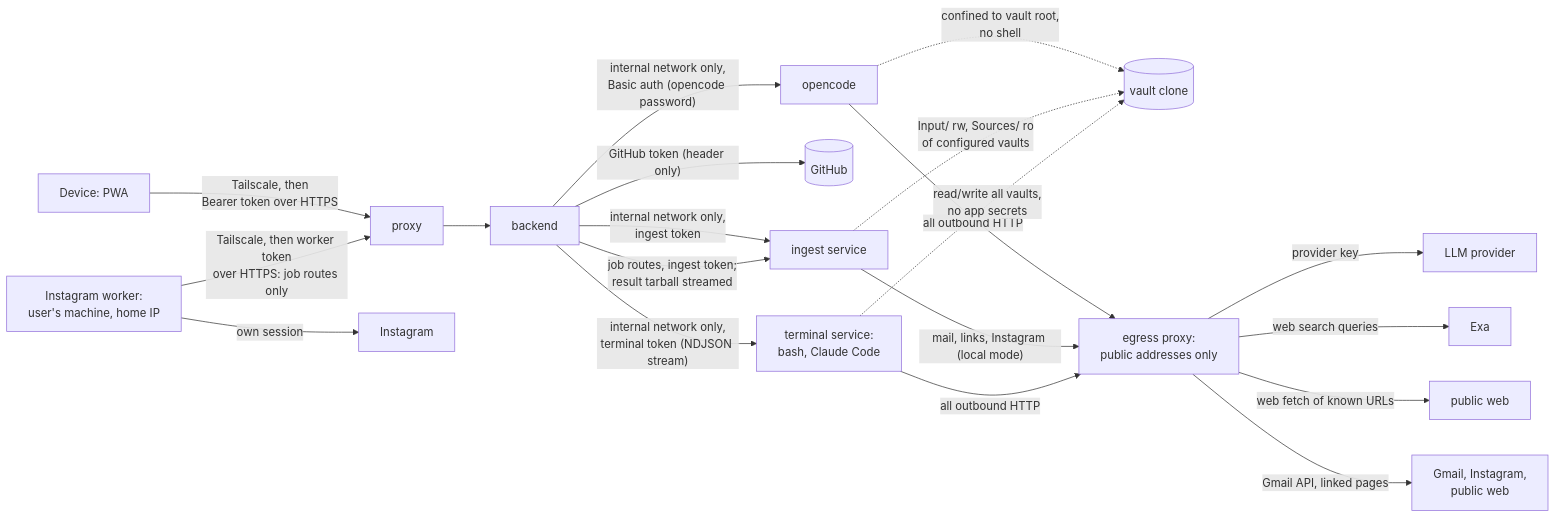
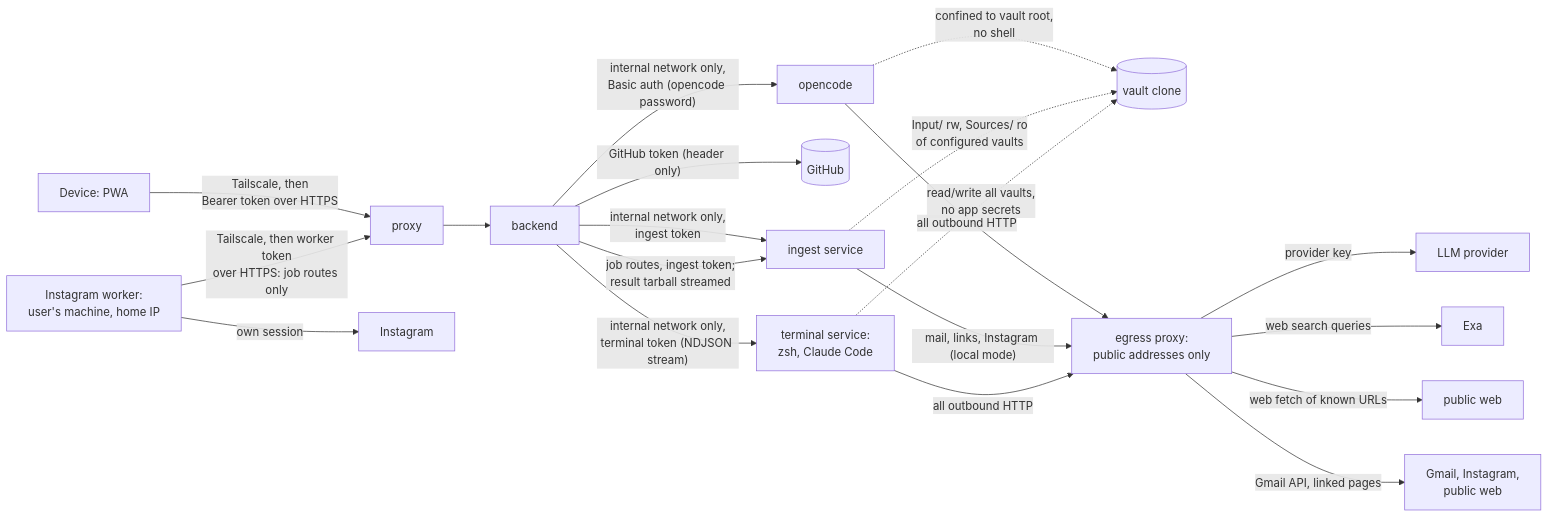
Before and after one commit to tillg/karpathy.app: the diagram in specs/system/security.md, drawn with Mermaid. The commit also changed other lines of this file and 14 other files, not shown here.

First line of the commit message:
Terminal: zsh with oh-my-zsh and powerlevel10k, like the Mac (#175)

````diff
--- a/specs/system/security.md
+++ b/specs/system/security.md
@@ -15,22 +15,22 @@
 ```mermaid
 flowchart LR
   D[Device: PWA] -- "Tailscale, then<br/>Bearer token over HTTPS" --> P[proxy]
   P --> B[backend]
   B -- "internal network only,<br/>Basic auth (opencode password)" --> O[opencode]
   O -. "confined to vault root,<br/>no shell" .-> V[(vault clone)]
   B -- "GitHub token (header only)" --> GH[(GitHub)]
   O -- "all outbound HTTP" --> E[egress proxy:<br/>public addresses only]
   E -- "provider key" --> LLM[LLM provider]
   E -- "web search queries" --> EXA[Exa]
   E -- "web fetch of known URLs" --> WEB[public web]
   B -- "internal network only,<br/>ingest token" --> I[ingest service]
   I -. "Input/ rw, Sources/ ro<br/>of configured vaults" .-> V
   I -- "mail, links, Instagram (local mode)" --> E
   E -- "Gmail API, linked pages" --> MW[Gmail, Instagram,<br/>public web]
   W[Instagram worker:<br/>user's machine, home IP] -- "Tailscale, then worker token<br/>over HTTPS: job routes only" --> P
   W -- "own session" --> IG[Instagram]
   B -- "job routes, ingest token;<br/>result tarball streamed" --> I
-  B -- "internal network only,<br/>terminal token (NDJSON stream)" --> T[terminal service:<br/>bash, Claude Code]
+  B -- "internal network only,<br/>terminal token (NDJSON stream)" --> T[terminal service:<br/>zsh, Claude Code]
   T -. "read/write all vaults,<br/>no app secrets" .-> V
   T -- "all outbound HTTP" --> E
 ```
````
